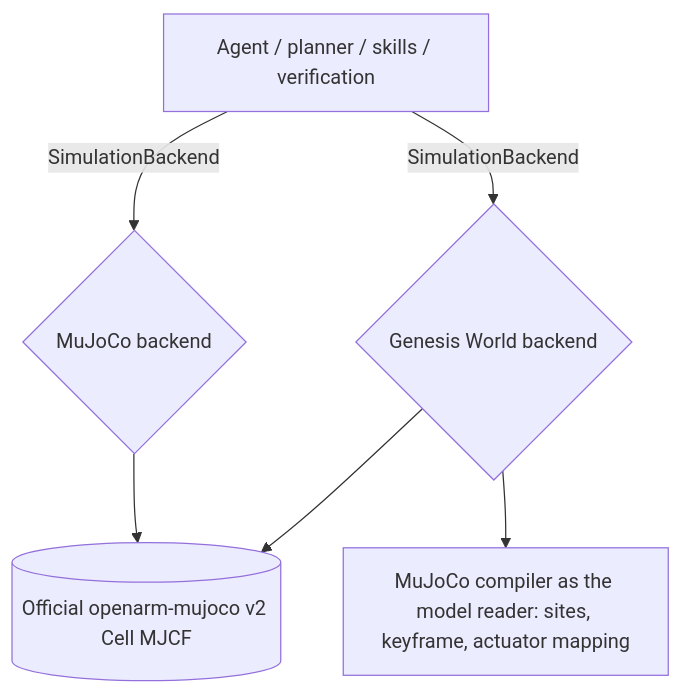
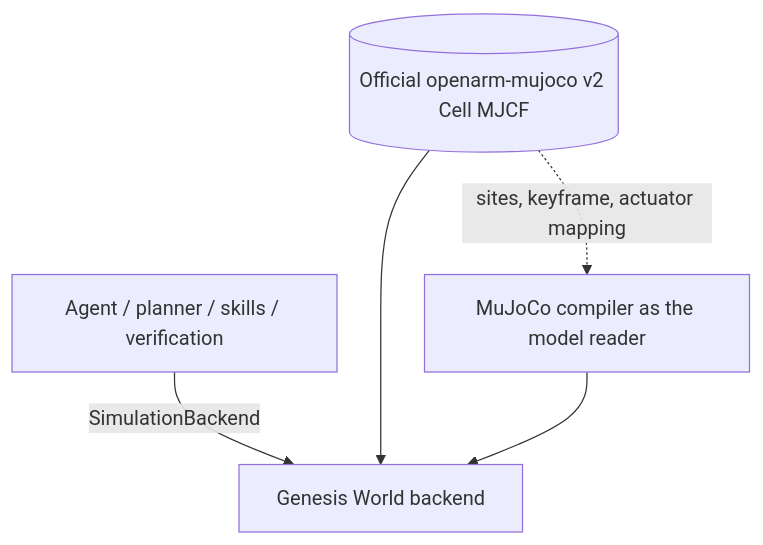
One commit to syun88/Sim-Agent changed the diagram in docs/ARCHITECTURE.md. Above: the diagram before and after it, drawn with Mermaid. The commit also changed other lines of this file and 21 other files, not shown here.

````diff
--- a/docs/ARCHITECTURE.md
+++ b/docs/ARCHITECTURE.md
@@ -9,8 +9,7 @@
 ```mermaid
 flowchart TD
-  A[Agent / planner / skills / verification] -->|SimulationBackend| B{MuJoCo backend}
-  A -->|SimulationBackend| C{Genesis World backend}
-  B --> D[(Official openarm-mujoco v2 Cell MJCF)]
-  C --> D
-  C --> E[MuJoCo compiler as the model reader: sites, keyframe, actuator mapping]
+  A[Agent / planner / skills / verification] -->|SimulationBackend| B[Genesis World backend]
+  D[(Official openarm-mujoco v2 Cell MJCF)] --> B
+  D -.->|sites, keyframe, actuator mapping| C[MuJoCo compiler as the model reader]
+  C --> B
 ```
````
